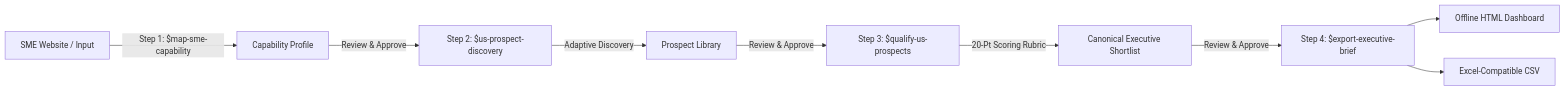
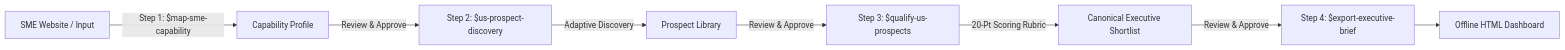
The diagram in README.md (hyhunss/sg-semicon-profiler), drawn with Mermaid before and after one commit. The commit also changed other lines of this file and 3 other files, not shown here.

````diff
--- a/README.md
+++ b/README.md
@@ -73,11 +72,10 @@
 ```mermaid
 flowchart LR
     A[SME Website / Input] -->|Step 1: $map-sme-capability| B[Capability Profile]
     B -->|Review & Approve| C[Step 2: $us-prospect-discovery]
     C -->|Adaptive Discovery| D[Prospect Library]
     D -->|Review & Approve| E[Step 3: $qualify-us-prospects]
     E -->|20-Pt Scoring Rubric| F[Canonical Executive Shortlist]
     F -->|Review & Approve| G[Step 4: $export-executive-brief]
     G --> H[Offline HTML Dashboard]
-    G --> I[Excel-Compatible CSV]
 ```
````
